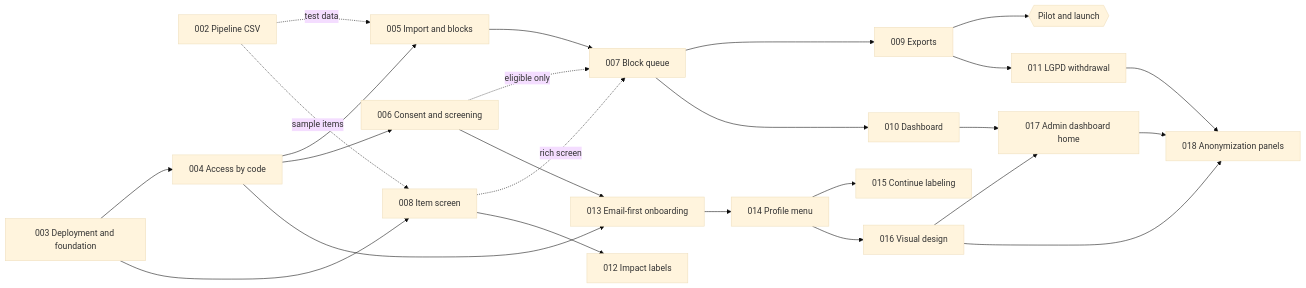
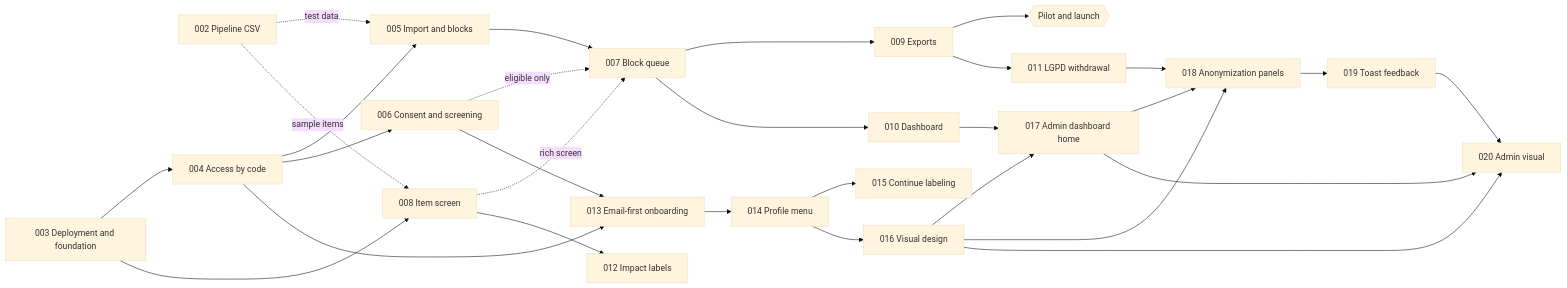
One commit to diegoquirino/openscience changed the diagram in specs/ROADMAP.md. Above: the diagram before and after it, drawn with Mermaid (base theme). The commit also changed other lines of this file and 52 other files, not shown here.

First line of the commit message:
feat(019-020): typed dismissible toasts and admin visual consistency

````diff
--- a/specs/ROADMAP.md
+++ b/specs/ROADMAP.md
@@ -34,46 +36,52 @@
 ```mermaid
 flowchart LR
     S002[002 Pipeline CSV]
     S003[003 Deployment and foundation]
     S004[004 Access by code]
     S005[005 Import and blocks]
     S006[006 Consent and screening]
     S007[007 Block queue]
     S008[008 Item screen]
     S009[009 Exports]
     PIL{{Pilot and launch}}
     S010[010 Dashboard]
     S011[011 LGPD withdrawal]
     S012[012 Impact labels]
     S013[013 Email-first onboarding]
     S014[014 Profile menu]
     S015[015 Continue labeling]
     S016[016 Visual design]
     S017[017 Admin dashboard home]
     S018[018 Anonymization panels]
+    S019[019 Toast feedback]
+    S020[020 Admin visual]
 
     S003 --> S004
     S004 --> S005
     S004 --> S006
     S003 --> S008
     S002 -. test data .-> S005
     S002 -. sample items .-> S008
     S005 --> S007
     S006 -. eligible only .-> S007
     S008 -. rich screen .-> S007
     S007 --> S009
     S009 --> PIL
     S007 --> S010
     S009 --> S011
     S008 --> S012
     S004 --> S013
     S006 --> S013
     S013 --> S014
     S014 --> S015
     S014 --> S016
     S010 --> S017
     S016 --> S017
     S011 --> S018
     S016 --> S018
     S017 --> S018
+    S018 --> S019
+    S016 --> S020
+    S017 --> S020
+    S019 --> S020
 ```
````
